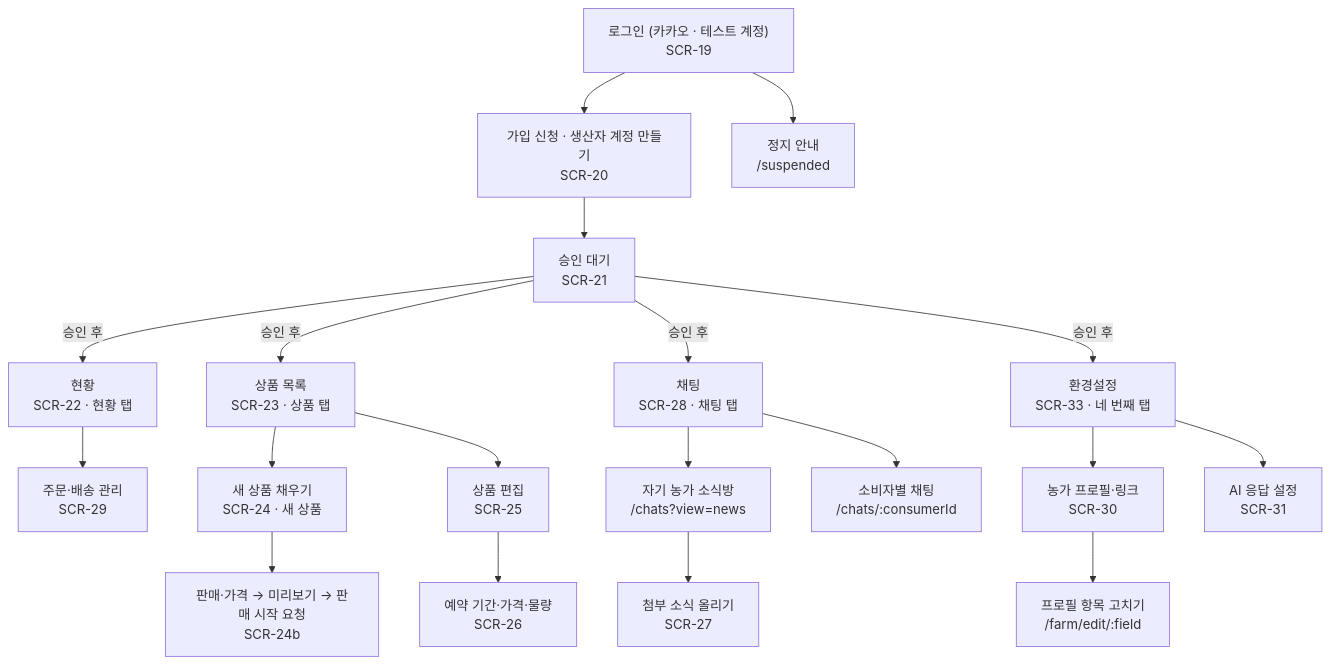
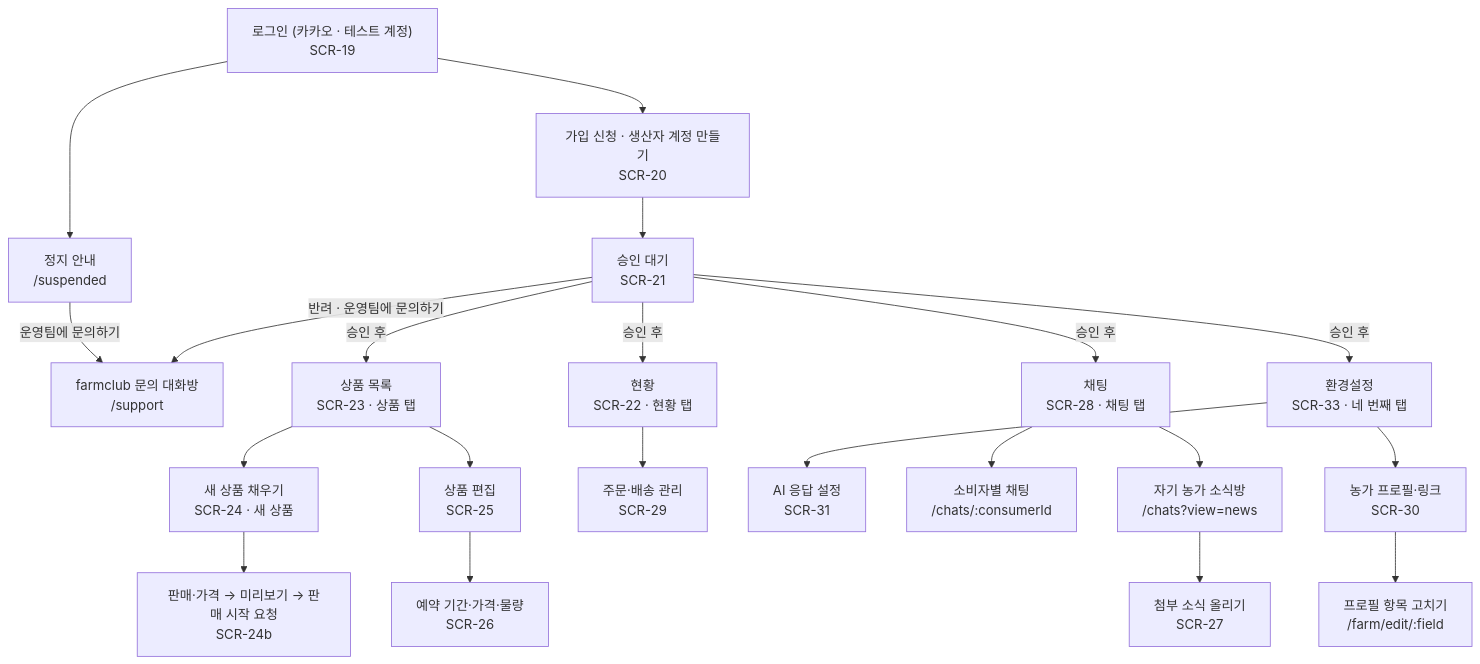
Before and after one commit to snuhcs-course/swpp-2026-project-team-06: the second of 4 diagrams in docs/spec/ia.md, drawn with Mermaid. The commit also changed other lines of this file and 9 other files, not shown here.

First line of the commit message:
docs(spec): suspended and rejected farms reach the farmclub support room (DEV-209)

````diff
--- a/docs/spec/ia.md
+++ b/docs/spec/ia.md
@@ -60,18 +60,20 @@
 ```mermaid
 flowchart TD
   login["로그인 (카카오 · 테스트 계정)<br/>SCR-19"] --> apply["가입 신청 · 생산자 계정 만들기<br/>SCR-20"] --> pending["승인 대기<br/>SCR-21"]
   login --> suspended["정지 안내<br/>/suspended"]
+  suspended -- 운영팀에 문의하기 --> support["farmclub 문의 대화방<br/>/support"]
+  pending -- 반려 · 운영팀에 문의하기 --> support
   pending -- 승인 후 --> home["현황<br/>SCR-22 · 현황 탭"]
   pending -- 승인 후 --> products["상품 목록<br/>SCR-23 · 상품 탭"]
   pending -- 승인 후 --> questions["채팅<br/>SCR-28 · 채팅 탭"]
   pending -- 승인 후 --> settings["환경설정<br/>SCR-33 · 네 번째 탭"]
   settings --> farmtab["농가 프로필·링크<br/>SCR-30"]
   room --> broadcast["첨부 소식 올리기<br/>SCR-27"]
   home --> ship["주문·배송 관리<br/>SCR-29"]
   questions --> room["자기 농가 소식방<br/>/chats?view=news"]
   settings --> ai["AI 응답 설정<br/>SCR-31"]
   questions --> qchat["소비자별 채팅<br/>/chats/:consumerId"]
   farmtab --> fedit["프로필 항목 고치기<br/>/farm/edit/:field"]
   products --> draft["새 상품 채우기<br/>SCR-24 · 새 상품"] --> sell["판매·가격 → 미리보기 → 판매 시작 요청<br/>SCR-24b"]
   products --> edit["상품 편집<br/>SCR-25"] --> stages["예약 기간·가격·물량<br/>SCR-26"]
 ```
````
